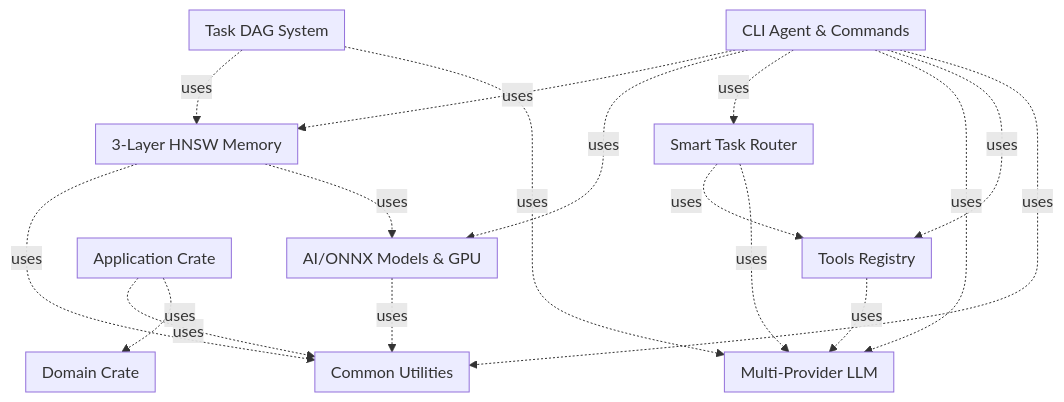
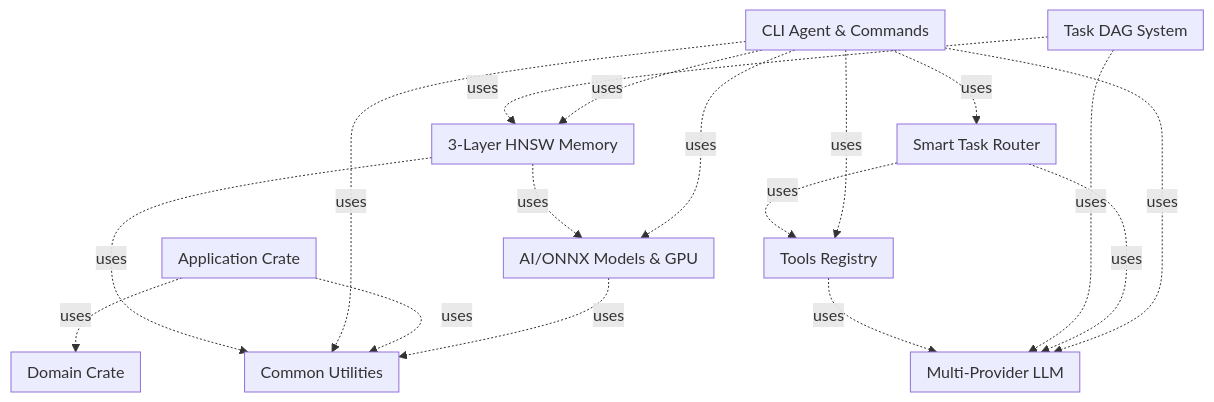
Before and after one commit to iMAGRAY/MAGRAY_Cli: the diagram in CLAUDE.md, drawn with Mermaid. The commit also changed other lines of this file and 6 other files, not shown here.

````diff
--- a/CLAUDE.md
+++ b/CLAUDE.md
@@ -172,57 +172,57 @@
 ```mermaid
 graph TB
 
     subgraph AI[AI/ONNX Models & GPU]
     end
 
     subgraph APPLICATION[Application Crate]
     end
 
     subgraph CLI[CLI Agent & Commands]
     end
 
     subgraph COMMON[Common Utilities]
     end
 
     subgraph DOMAIN[Domain Crate]
     end
 
     subgraph LLM[Multi-Provider LLM]
     end
 
     subgraph MEMORY[3-Layer HNSW Memory]
     end
 
     subgraph ROUTER[Smart Task Router]
     end
 
     subgraph TODO[Task DAG System]
     end
 
     subgraph TOOLS[Tools Registry]
     end
 
     %% Зависимости между крейтами
     AI -.->|uses| COMMON
     APPLICATION -.->|uses| COMMON
     APPLICATION -.->|uses| DOMAIN
     CLI -.->|uses| MEMORY
+    CLI -.->|uses| TOOLS
+    CLI -.->|uses| ROUTER
+    CLI -.->|uses| COMMON
     CLI -.->|uses| AI
-    CLI -.->|uses| ROUTER
     CLI -.->|uses| LLM
-    CLI -.->|uses| TOOLS
-    CLI -.->|uses| COMMON
     MEMORY -.->|uses| COMMON
     MEMORY -.->|uses| AI
     ROUTER -.->|uses| TOOLS
     ROUTER -.->|uses| LLM
     TODO -.->|uses| MEMORY
     TODO -.->|uses| LLM
     TOOLS -.->|uses| LLM
 
     classDef crate fill:#e3f2fd,stroke:#1976d2,stroke-width:2px
     classDef testFile fill:#ffebee,stroke:#c62828,stroke-width:1px,stroke-dasharray: 5 5
     classDef mockFile fill:#fce4ec,stroke:#ad1457,stroke-width:1px,stroke-dasharray: 3 3
     classDef exampleFile fill:#e8f5e9,stroke:#2e7d32,stroke-width:1px
     classDef problemFile fill:#ffcdd2,stroke:#d32f2f,stroke-width:2px
 ```
````
